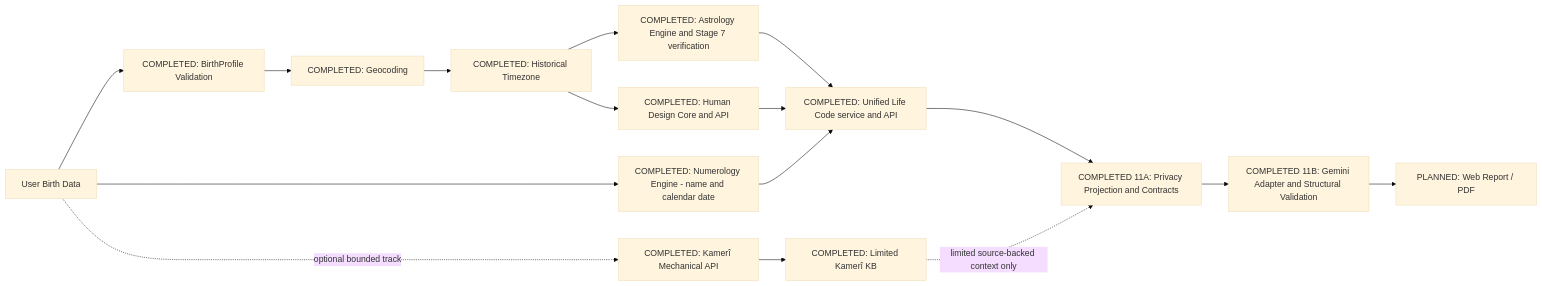
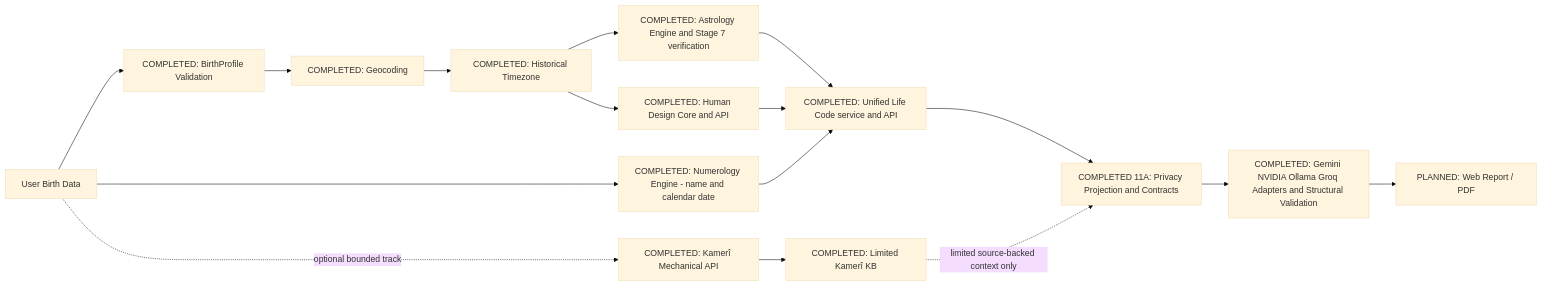
Before and after one commit to ismailbuzdan/yasam-kodu: the diagram in docs/02_ARCHITECTURE.md, drawn with Mermaid (base theme). The commit also changed other lines of this file and 14 other files, not shown here.

````diff
--- a/docs/02_ARCHITECTURE.md
+++ b/docs/02_ARCHITECTURE.md
@@ -13,18 +13,18 @@
 ```mermaid
 flowchart LR
   A[User Birth Data] --> B[COMPLETED: BirthProfile Validation]
   B --> C[COMPLETED: Geocoding]
   C --> D[COMPLETED: Historical Timezone]
   D --> E[COMPLETED: Astrology Engine and Stage 7 verification]
   A --> F[COMPLETED: Numerology Engine - name and calendar date]
   D --> G[COMPLETED: Human Design Core and API]
   E --> H[COMPLETED: Unified Life Code service and API]
   F --> H
   G --> H
   H --> P[COMPLETED 11A: Privacy Projection and Contracts]
-  P --> I[COMPLETED 11B: Gemini Adapter and Structural Validation]
+  P --> I[COMPLETED: Gemini NVIDIA Ollama Groq Adapters and Structural Validation]
   I --> J[PLANNED: Web Report / PDF]
   A -. optional bounded track .-> K[COMPLETED: Kamerî Mechanical API]
   K --> L[COMPLETED: Limited Kamerî KB]
   L -. limited source-backed context only .-> P
 ```
````
